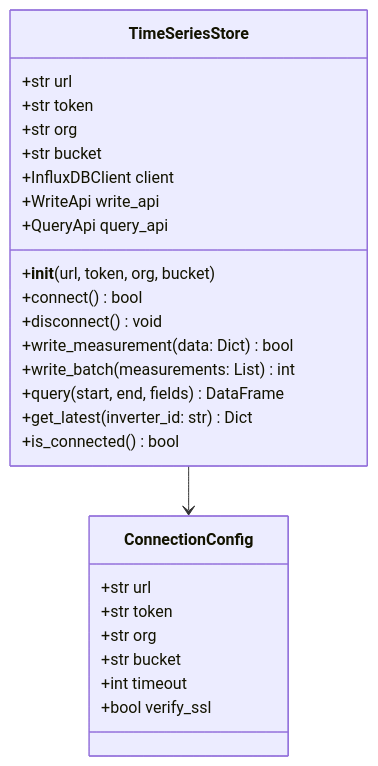
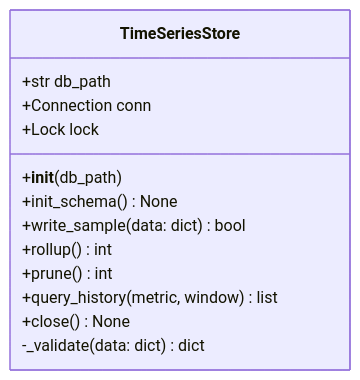
Before and after one commit to William12556/solax-modbus: the diagram in ai/workspace/design/design-b7c8d9e0-component_data_storage.md, drawn with Mermaid. The commit also changed other lines of this file and 15 other files, not shown here.

````diff
--- a/ai/workspace/design/design-b7c8d9e0-component_data_storage.md
+++ b/ai/workspace/design/design-b7c8d9e0-component_data_storage.md
@@ -99,31 +104,16 @@
 ```mermaid
 classDiagram
     class TimeSeriesStore {
-        +str url
-        +str token
-        +str org
-        +str bucket
-        +InfluxDBClient client
-        +WriteApi write_api
-        +QueryApi query_api
-        +__init__(url, token, org, bucket)
-        +connect() bool
-        +disconnect() void
-        +write_measurement(data: Dict) bool
-        +write_batch(measurements: List) int
-        +query(start, end, fields) DataFrame
-        +get_latest(inverter_id: str) Dict
-        +is_connected() bool
+        +str db_path
+        +Connection conn
+        +Lock lock
+        +__init__(db_path)
+        +init_schema() None
+        +write_sample(data: dict) bool
+        +rollup() int
+        +prune() int
+        +query_history(metric, window) list
+        +close() None
+        -_validate(data: dict) dict
     }
-    
-    class ConnectionConfig {
-        +str url
-        +str token
-        +str org
-        +str bucket
-        +int timeout
-        +bool verify_ssl
-    }
-    
-    TimeSeriesStore --> ConnectionConfig
 ```
````
